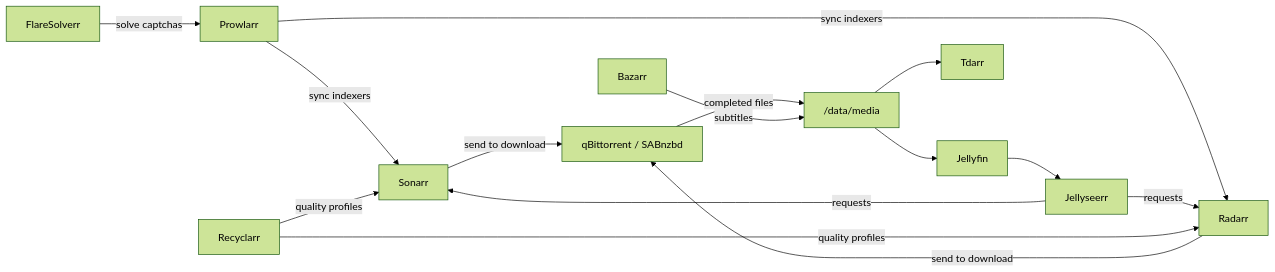
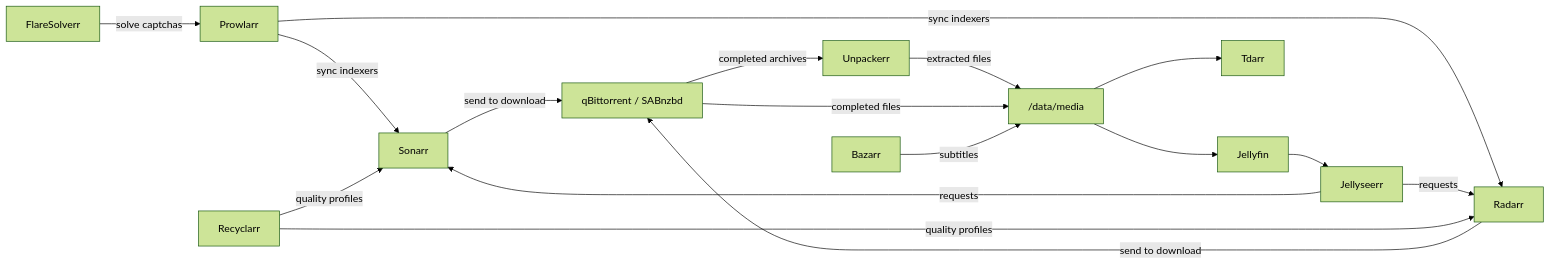
The diagram in docs/apps/index.md (kyleseneker/homelab), drawn with Mermaid (forest theme) before and after one commit. The commit also changed other lines of this file and 8 other files, not shown here.

Commit message:
feat: add unpackerr for automatic extraction of compressed downloads

````diff
--- a/docs/apps/index.md
+++ b/docs/apps/index.md
@@ -21,17 +21,19 @@
 ```mermaid
 flowchart LR
     Prowlarr -->|"sync indexers"| Sonarr
     Prowlarr -->|"sync indexers"| Radarr
     Jellyseerr -->|"requests"| Sonarr
     Jellyseerr -->|"requests"| Radarr
     Sonarr -->|"send to download"| Downloads["qBittorrent / SABnzbd"]
     Radarr -->|"send to download"| Downloads
-    Downloads -->|"completed files"| Media["/data/media"]
+    Downloads -->|"completed archives"| Unpackerr
+    Unpackerr -->|"extracted files"| Media["/data/media"]
+    Downloads -->|"completed files"| Media
     Media --> Jellyfin
     Media --> Tdarr
     Bazarr -->|"subtitles"| Media
     Recyclarr -->|"quality profiles"| Sonarr
     Recyclarr -->|"quality profiles"| Radarr
     FlareSolverr -->|"solve captchas"| Prowlarr
     Jellyfin --> Jellyseerr
 ```
````
